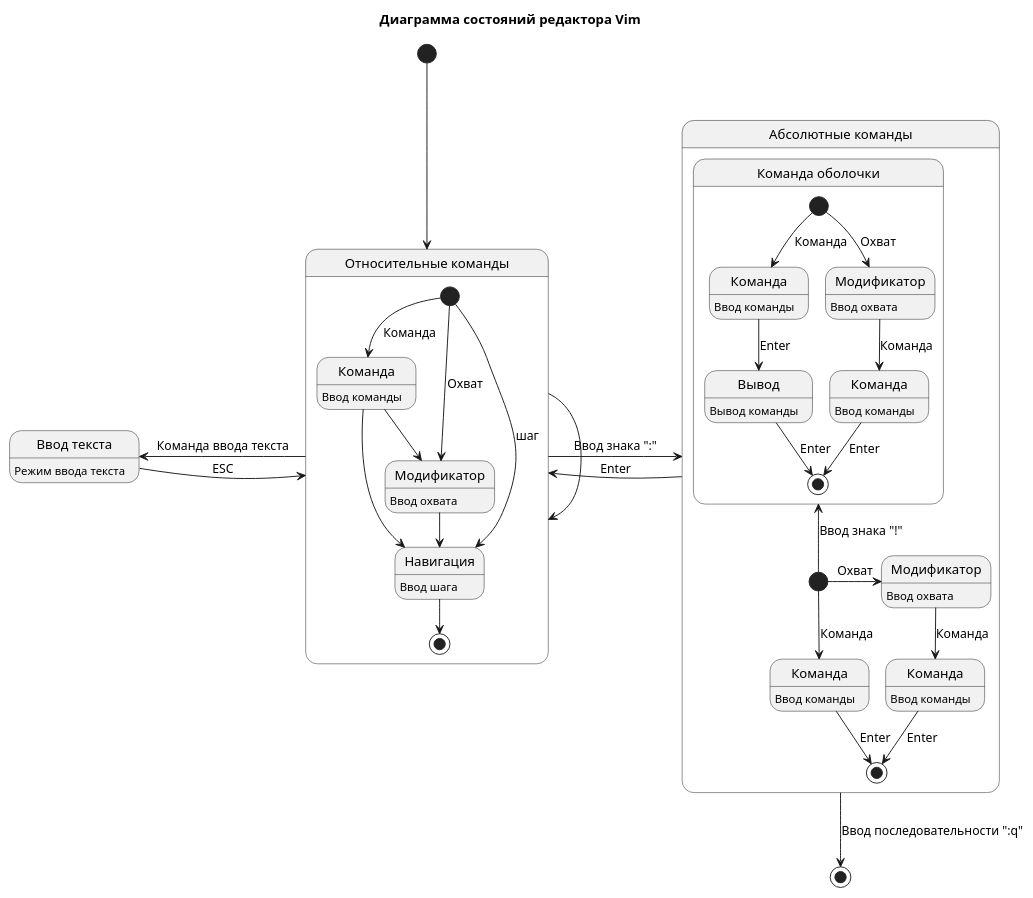
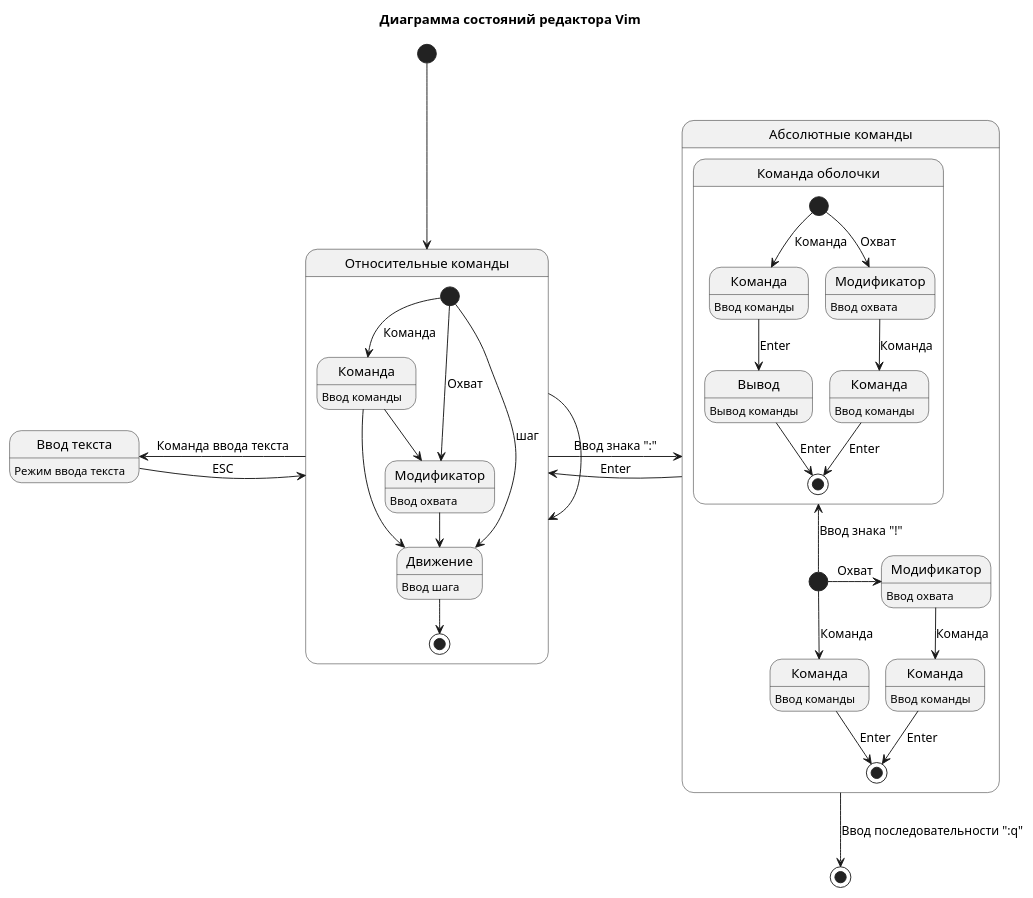
One commit to olgapshen/Sysbase changed the diagram in docs/src/vim.puml. Above: the diagram before and after it, drawn with PlantUML. The commit also changed 2 other files, not shown here.

```diff
--- a/docs/src/vim.puml
+++ b/docs/src/vim.puml
@@ -1,52 +1,52 @@
 @startuml vim
 
 title Диаграмма состояний редактора Vim
 
 state "Относительные команды" as rel {
     state "Команда" as rel_cmd : Ввод команды
     state "Модификатор" as rel_mod : Ввод охвата
-    state "Навигация" as rel_nav : Ввод шага
+    state "Движение" as rel_nav : Ввод шага
     [*] -down-> rel_cmd : Команда
     [*] -down-> rel_mod : Охват
     [*] -down-> rel_nav : шаг
     rel_cmd -down-> rel_mod
     rel_mod -down-> rel_nav
     rel_cmd -down-> rel_nav
     rel_nav -down-> [*]
 }
 state "Абсолютные команды" as abs {
     state "Команда оболочки" as abs_shl {
         state "Команда" as abs_shl_cmd : Ввод команды
         state "Вывод" as abs_shl_out : Вывод команды
         state "Модификатор" as abs_shl_mod : Ввод охвата
         state "Команда" as abs_shl_mod_cmd : Ввод команды
         [*] -down-> abs_shl_mod : Охват
         [*] -down-> abs_shl_cmd : Команда
         abs_shl_mod -down-> abs_shl_mod_cmd : Команда
         abs_shl_mod_cmd -down-> [*] : Enter
         abs_shl_cmd -down-> abs_shl_out : Enter
         abs_shl_out -down-> [*] : Enter
     }
 
     state "Команда" as abs_cmd : Ввод команды
     state "Модификатор" as abs_mod : Ввод охвата
     state "Команда" as abs_mod_cmd : Ввод команды
     [*] -up-> abs_shl : Ввод знака "!"
     [*] -down-> abs_cmd : Команда
     [*] -right-> abs_mod : Охват
     abs_mod -down-> abs_mod_cmd : Команда
     abs_mod_cmd -down-> [*] : Enter
     abs_cmd -down-> [*] : Enter
 }
 state "Ввод текста" as txt : Режим ввода текста
 
 [*] -down-> rel
 rel -> abs : Ввод знака ":"
 abs -> rel : Enter
 rel -left-> txt : Команда ввода текста
 txt -right-> rel : ESC
 abs -down-> [*] : Ввод последовательности ":q"
 rel -> rel
 
 
 @enduml
```
